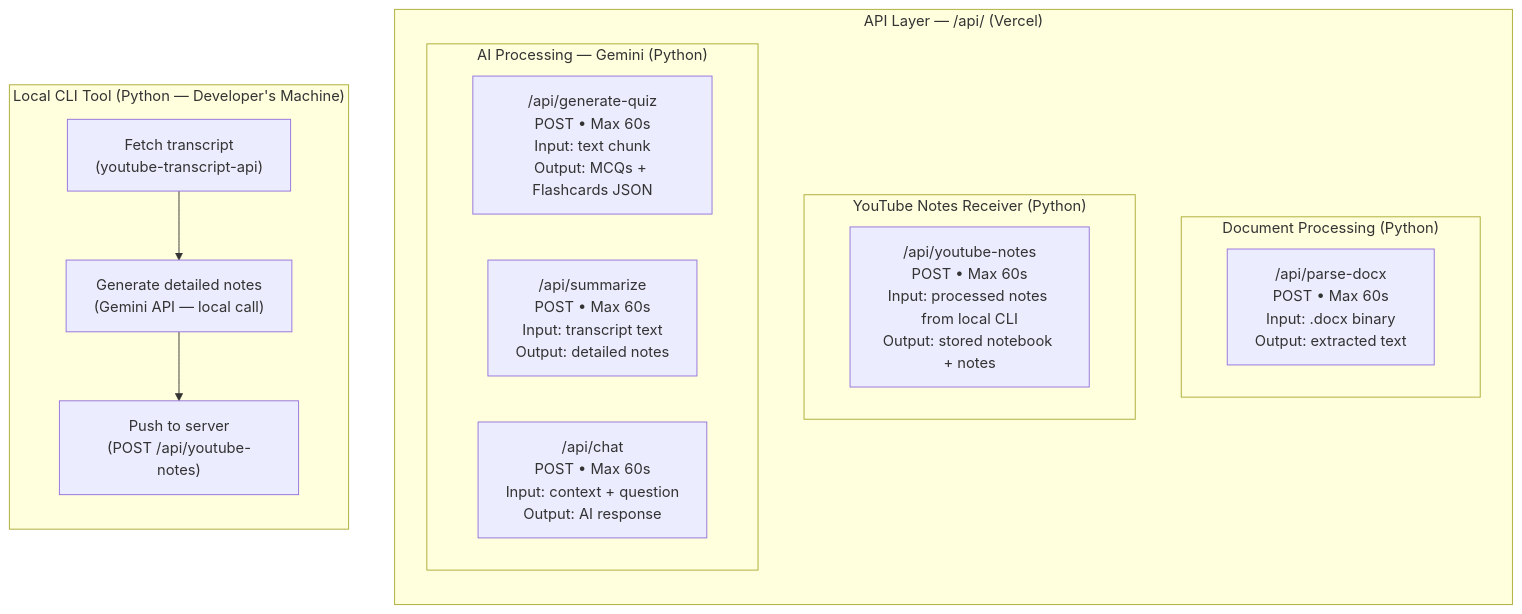
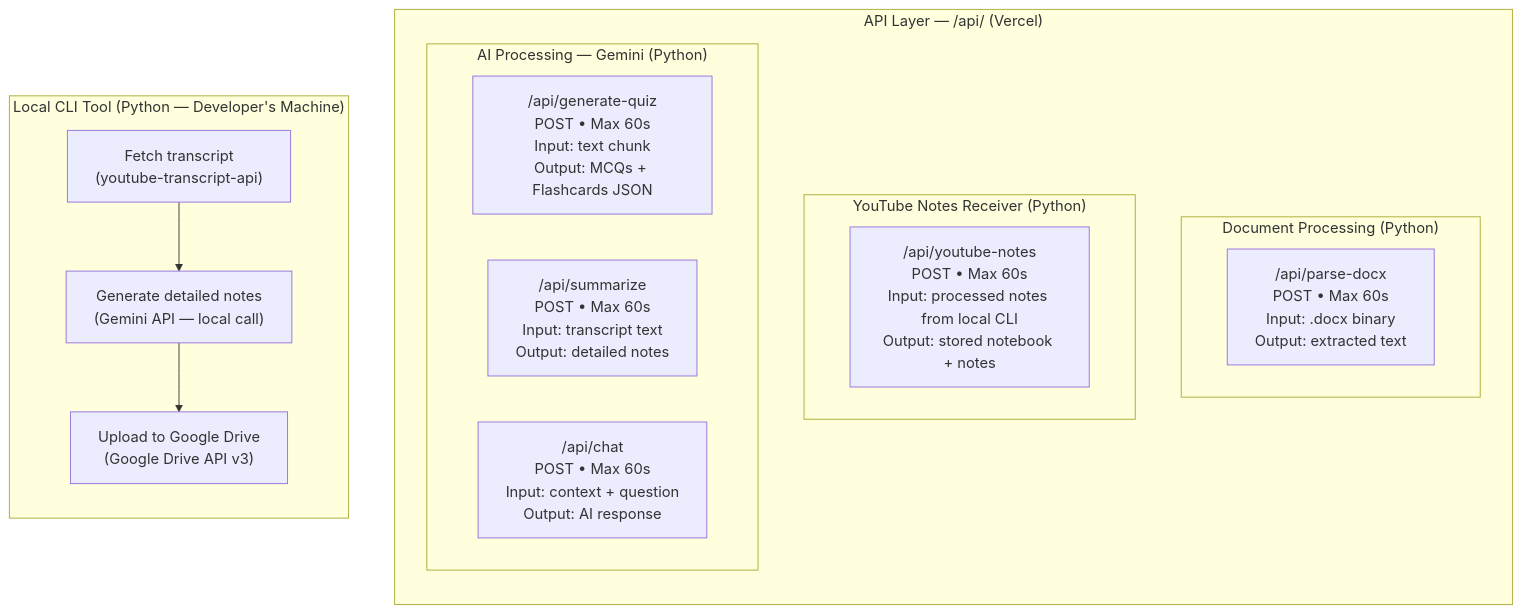
The third of 8 diagrams in documentation/design/high_level/02_system_architecture.md (Strider221B/synapse-sync), drawn with Mermaid before and after one commit. The commit also changed other lines of this file and 30 other files, not shown here.

First line of the commit message:
Migrate Notes & YouTube Ingestion to Google Drive as Sole Source of Truth with Cross-Device Sync (#13)

````diff
--- a/documentation/design/high_level/02_system_architecture.md
+++ b/documentation/design/high_level/02_system_architecture.md
@@ -169,28 +169,28 @@
 ```mermaid
 graph TD
     subgraph "API Layer — /api/ (Vercel)"
         direction TB
         
         subgraph "Document Processing (Python)"
             PARSE["/api/parse-docx<br/>POST • Max 60s<br/>Input: .docx binary<br/>Output: extracted text"]
         end
 
         subgraph "YouTube Notes Receiver (Python)"
             YT_NOTES["/api/youtube-notes<br/>POST • Max 60s<br/>Input: processed notes from local CLI<br/>Output: stored notebook + notes"]
         end
 
         subgraph "AI Processing — Gemini (Python)"
             QUIZ_GEN["/api/generate-quiz<br/>POST • Max 60s<br/>Input: text chunk<br/>Output: MCQs + Flashcards JSON"]
             SUMMARIZE_EP["/api/summarize<br/>POST • Max 60s<br/>Input: transcript text<br/>Output: detailed notes"]
             CHAT_EP["/api/chat<br/>POST • Max 60s<br/>Input: context + question<br/>Output: AI response"]
         end
     end
 
     subgraph "Local CLI Tool (Python — Developer's Machine)"
         direction TB
         FETCH["Fetch transcript<br/>(youtube-transcript-api)"]
         GENERATE["Generate detailed notes<br/>(Gemini API — local call)"]
-        PUSH["Push to server<br/>(POST /api/youtube-notes)"]
-        FETCH --> GENERATE --> PUSH
+        UPLOAD["Upload to Google Drive<br/>(Google Drive API v3)"]
+        FETCH --> GENERATE --> UPLOAD
     end
 ```
````
